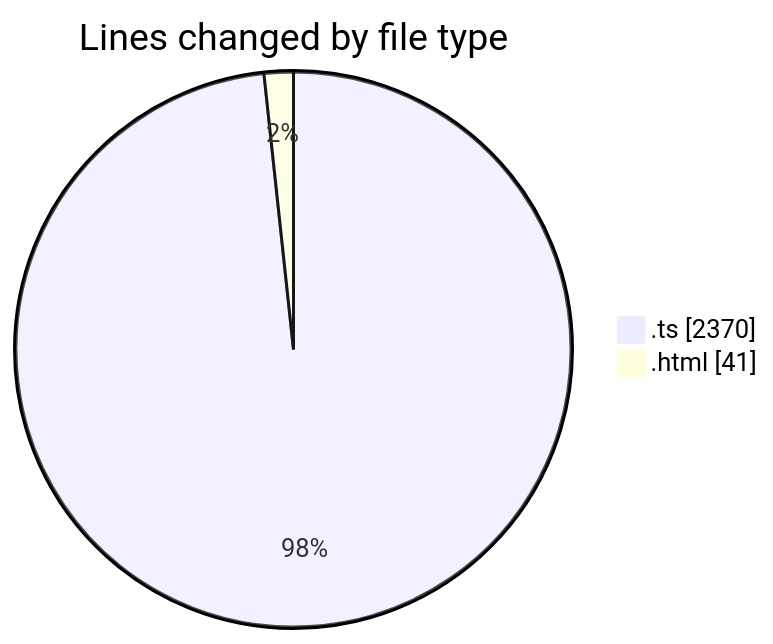
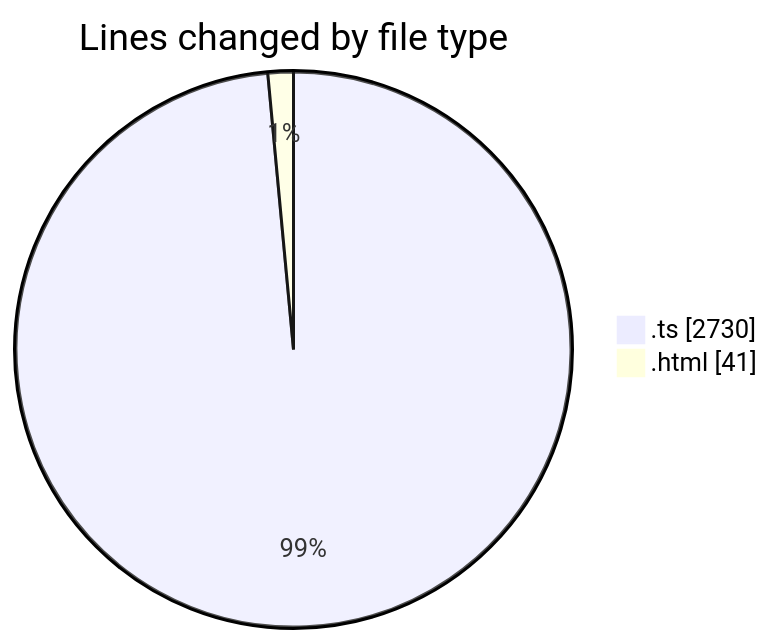
The first of 2 diagrams in 2026-02-08/singularitybrainai/README.md (tmsrecording-cyber/code-tracking), drawn with Mermaid before and after one commit. The commit also changed other lines of this file and 1 other file, not shown here.

````diff
--- a/2026-02-08/singularitybrainai/README.md
+++ b/2026-02-08/singularitybrainai/README.md
@@ -23,6 +25,6 @@
 ```mermaid
 pie showData
 title Lines changed by file type
-".ts" : 2370
+".ts" : 2730
 ".html" : 41
 ```
````
